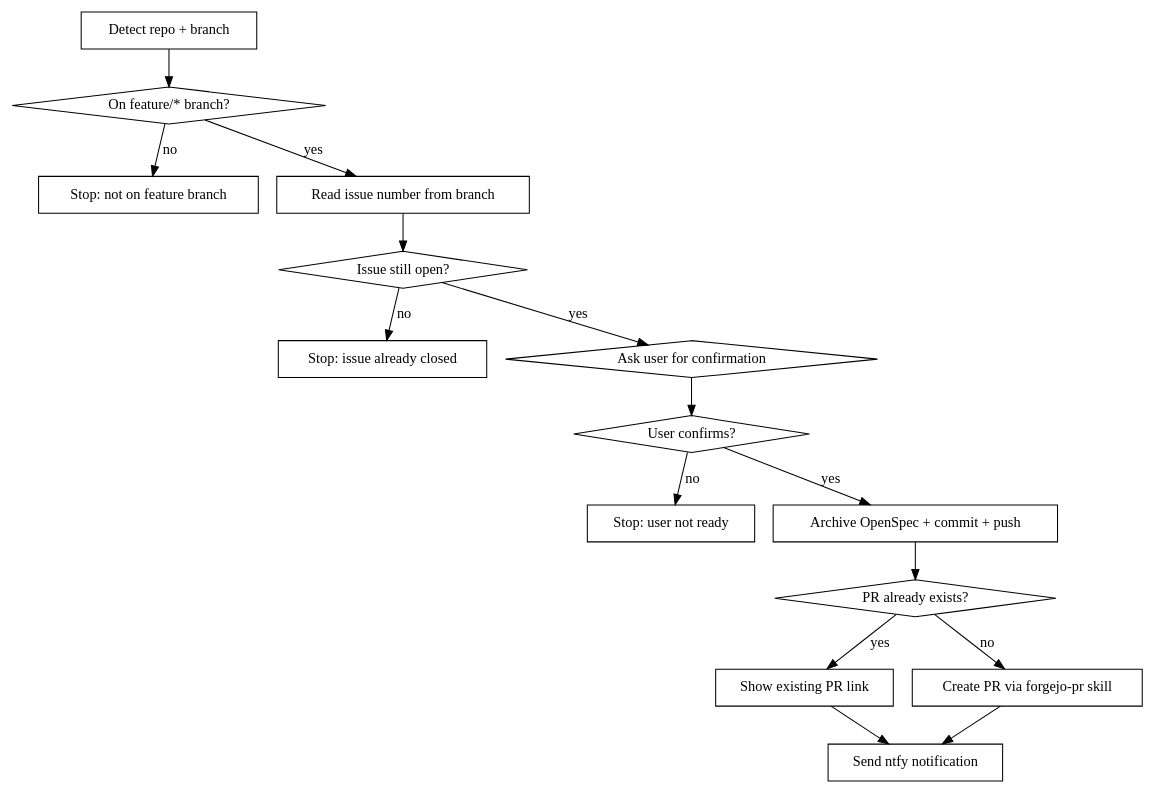
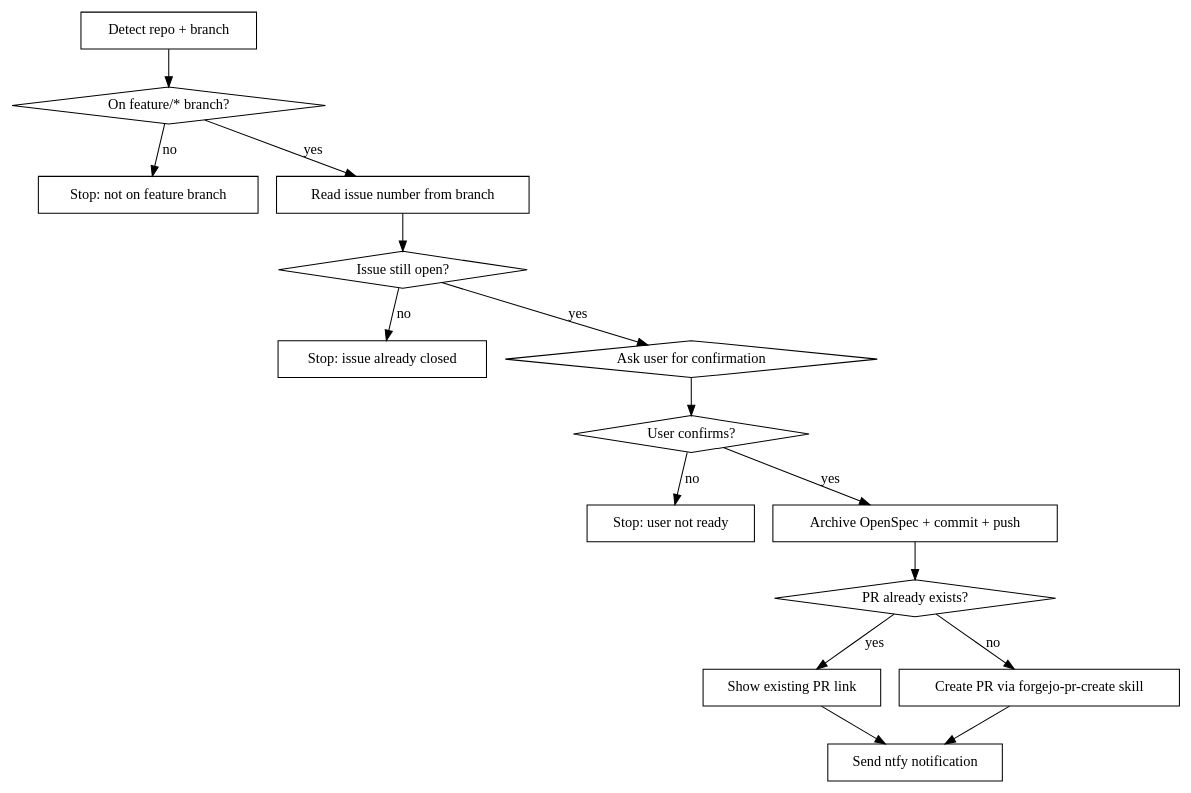
Before and after one commit to janbaer/dotfiles: the diagram in .claude/skills/forgejo-finish-issue/SKILL.md, drawn with Graphviz. The commit also changed other lines of this file and 1 other file, not shown here.

Commit message:
claude ✨: Adding forgejo-pr-create skill and updating forgejo-finish-issue to use it

````diff
--- a/.claude/skills/forgejo-finish-issue/SKILL.md
+++ b/.claude/skills/forgejo-finish-issue/SKILL.md
@@ -16,33 +16,33 @@
 ```dot
 digraph finish_workflow {
     "Detect repo + branch" [shape=box];
     "On feature/* branch?" [shape=diamond];
     "Stop: not on feature branch" [shape=box];
     "Read issue number from branch" [shape=box];
     "Issue still open?" [shape=diamond];
     "Stop: issue already closed" [shape=box];
     "Ask user for confirmation" [shape=diamond];
     "User confirms?" [shape=diamond];
     "Stop: user not ready" [shape=box];
     "Archive OpenSpec + commit + push" [shape=box];
     "PR already exists?" [shape=diamond];
     "Show existing PR link" [shape=box];
-    "Create PR via forgejo-pr skill" [shape=box];
+    "Create PR via forgejo-pr-create skill" [shape=box];
     "Send ntfy notification" [shape=box];
 
     "Detect repo + branch" -> "On feature/* branch?";
     "On feature/* branch?" -> "Read issue number from branch" [label="yes"];
     "On feature/* branch?" -> "Stop: not on feature branch" [label="no"];
     "Read issue number from branch" -> "Issue still open?";
     "Issue still open?" -> "Ask user for confirmation" [label="yes"];
     "Issue still open?" -> "Stop: issue already closed" [label="no"];
     "Ask user for confirmation" -> "User confirms?" ;
     "User confirms?" -> "Archive OpenSpec + commit + push" [label="yes"];
     "User confirms?" -> "Stop: user not ready" [label="no"];
     "Archive OpenSpec + commit + push" -> "PR already exists?";
     "PR already exists?" -> "Show existing PR link" [label="yes"];
-    "PR already exists?" -> "Create PR via forgejo-pr skill" [label="no"];
+    "PR already exists?" -> "Create PR via forgejo-pr-create skill" [label="no"];
     "Show existing PR link" -> "Send ntfy notification";
-    "Create PR via forgejo-pr skill" -> "Send ntfy notification";
+    "Create PR via forgejo-pr-create skill" -> "Send ntfy notification";
 }
 ```
````
